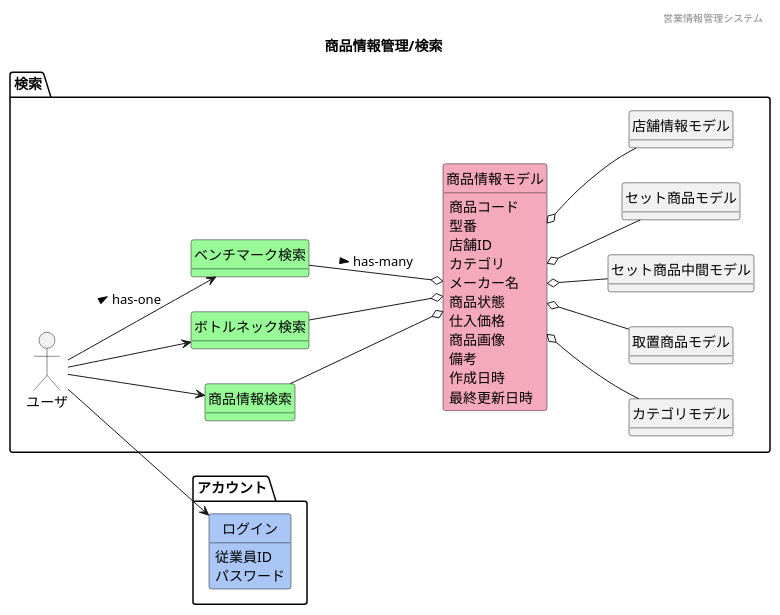
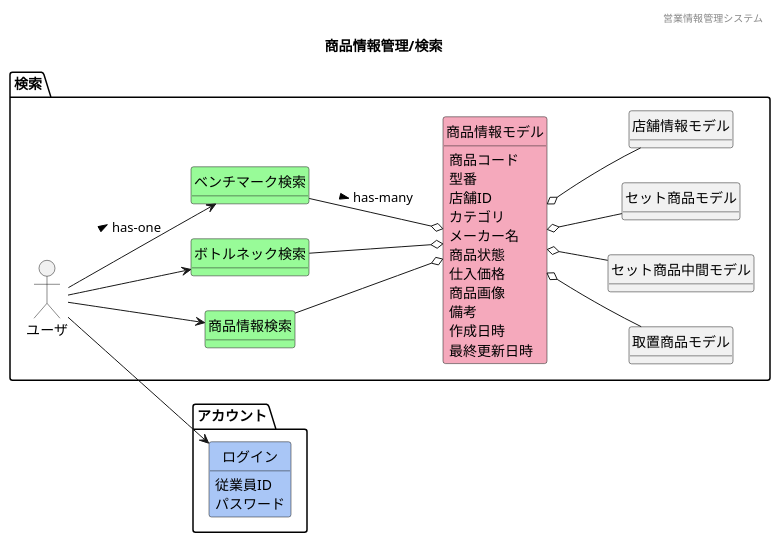
The diagram in 各種設計書/1ドメインモデル図/商品情報管理/F08検索.plantuml (HaruShim/Sotuken), drawn with PlantUML before and after one commit. The commit also changed 2 other files, not shown here.

```diff
--- a/各種設計書/1ドメインモデル図/商品情報管理/F08検索.plantuml
+++ b/各種設計書/1ドメインモデル図/商品情報管理/F08検索.plantuml
@@ -1,77 +1,75 @@
 @startuml ../images/商品情報管理/検索
 ' ヘッダー
 header 営業情報管理システム
 ' タイトル
 title 商品情報管理/検索
 ' 
 hide circle
 ' 
 hide method
 left to right direction
 
 package "アカウント"{
     class "ログイン" #A9C6F6
 
 }
 package "検索"{
 'ユーザや外部システム
     mix_actor "ユーザ"
     class "商品情報検索" #98fb98
     class "ボトルネック検索" #98fb98
     class "ベンチマーク検索" #98fb98
     class "商品情報モデル" #F5A9BC
-    class "カテゴリモデル"
     class "取置商品モデル"
     class "セット商品中間モデル"
     class "セット商品モデル"
     class "店舗情報モデル"
     
 }
     ' package "マスタ管理"{
     '     ' package ベンチマークマスタ{
     '     '     ' class "CPUベンチマークモデル"
     '     '     ' class "GPUベンチマークモデル"
     '     ' } 
     '     ' class "ボトルネックモデル"
     ' }
     ' class "" #F5A9BC
     ' class "" #ffd700
 
     'モデル同士の関係
     ユーザ --> 商品情報検索
     ユーザ --> ボトルネック検索
     ユーザ --> ベンチマーク検索 : > has-one
     ユーザ --> ログイン
     商品情報検索 --o 商品情報モデル
     ボトルネック検索 --o 商品情報モデル
     ベンチマーク検索 --o 商品情報モデル: > has-many
-    商品情報モデル o-- カテゴリモデル
     商品情報モデル o-- 取置商品モデル
     商品情報モデル o-- セット商品モデル
     商品情報モデル o-- セット商品中間モデル
     商品情報モデル o-- 店舗情報モデル
     ' 商品情報モデル o-- マスタ管理
 
     'ドメインクラスの属性
     商品情報モデル : 商品コード
     商品情報モデル : 型番
     商品情報モデル : 店舗ID
     商品情報モデル : カテゴリ
     商品情報モデル : メーカー名
     商品情報モデル : 商品状態
     商品情報モデル : 仕入価格
     商品情報モデル : 商品画像
     商品情報モデル : 備考
     商品情報モデル : 作成日時
     商品情報モデル : 最終更新日時
 
     ' 商品情報モデル : 商品コード
     ' 商品情報モデル : 型番
     ' 商品情報モデル : JANコード
     ' 商品情報モデル : 商品画像
     ' 商品情報モデル : 在庫場所
     ' 商品情報モデル : カテゴリ
     ' 商品情報モデル : 仕入価格
     ログイン : 従業員ID
     ログイン : パスワード
 @enduml
```
